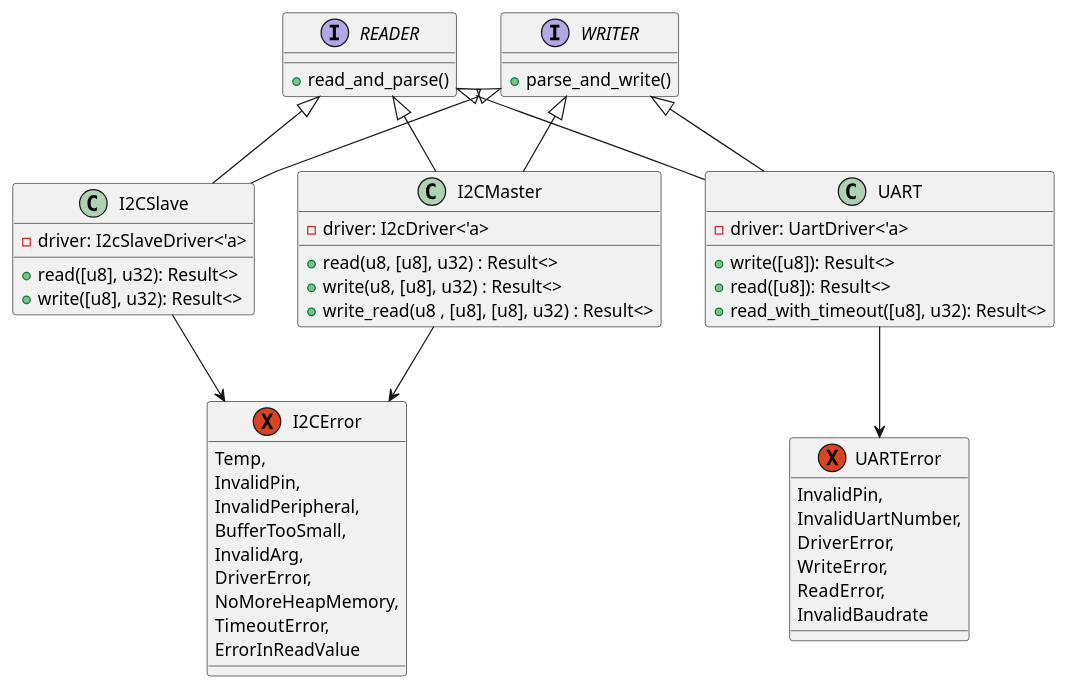
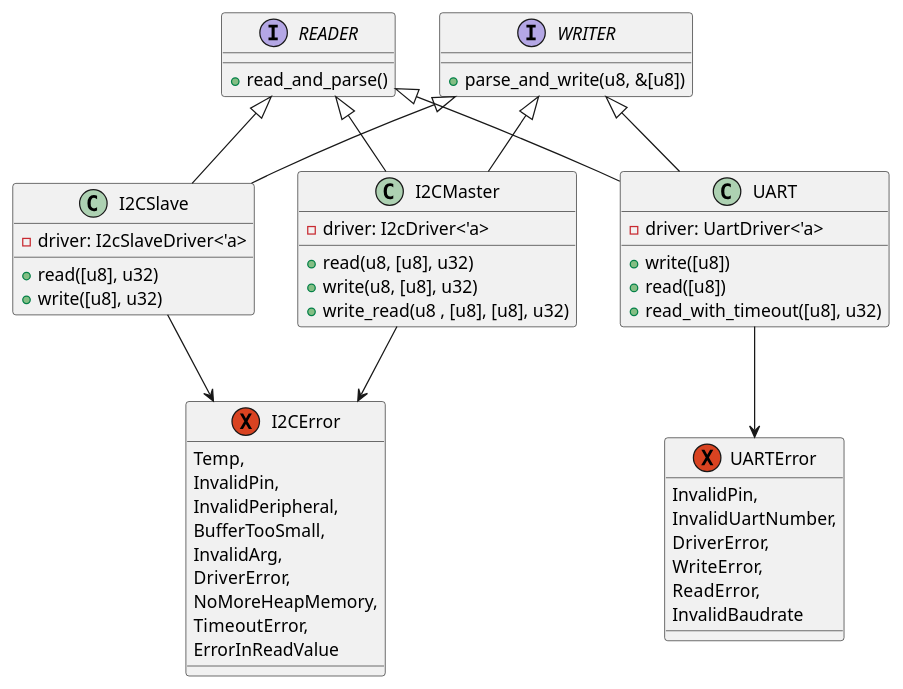
The diagram in diagrams/serial.puml (esp32framework/esp32framework), drawn with PlantUML before and after one commit. The commit also changed 6 other files, not shown here.

```diff
--- a/diagrams/serial.puml
+++ b/diagrams/serial.puml
@@ -1,62 +1,62 @@
 @startuml Microcontroller serial
 
 Interface READER {
     +read_and_parse()
 }
 Interface WRITER {
-    +parse_and_write()
+    +parse_and_write(u8, &[u8])
 }
 
 class I2CMaster{
     - driver: I2cDriver<'a>
-    + read(u8, [u8], u32) : Result<>
-    + write(u8, [u8], u32) : Result<>
-    + write_read(u8 , [u8], [u8], u32) : Result<>
+    + read(u8, [u8], u32) 
+    + write(u8, [u8], u32) 
+    + write_read(u8 , [u8], [u8], u32) 
 }
 
 class I2CSlave{
     - driver: I2cSlaveDriver<'a>
-    + read([u8], u32): Result<>
-    + write([u8], u32): Result<>
+    + read([u8], u32)
+    + write([u8], u32)
 }
 
 class UART{
     - driver: UartDriver<'a>
-    + write([u8]): Result<>
-    + read([u8]): Result<>
-    +read_with_timeout([u8], u32): Result<>
+    + write([u8])
+    + read([u8])
+    +read_with_timeout([u8], u32)
 }
 
 exception I2CError {
     Temp,
     InvalidPin,
     InvalidPeripheral,
     BufferTooSmall,
     InvalidArg,
     DriverError,
     NoMoreHeapMemory,
     TimeoutError,
     ErrorInReadValue
 }
 
 exception UARTError{
     InvalidPin,
     InvalidUartNumber,
     DriverError,
     WriteError,
     ReadError,
     InvalidBaudrate
 }
 
 READER <|-- I2CMaster
 WRITER <|-- I2CMaster
 READER <|-- I2CSlave
 WRITER <|-- I2CSlave
 READER <|-- UART
 WRITER <|-- UART
 UART --> UARTError
 I2CMaster --> I2CError
 I2CSlave --> I2CError
 
 
 @enduml
```
